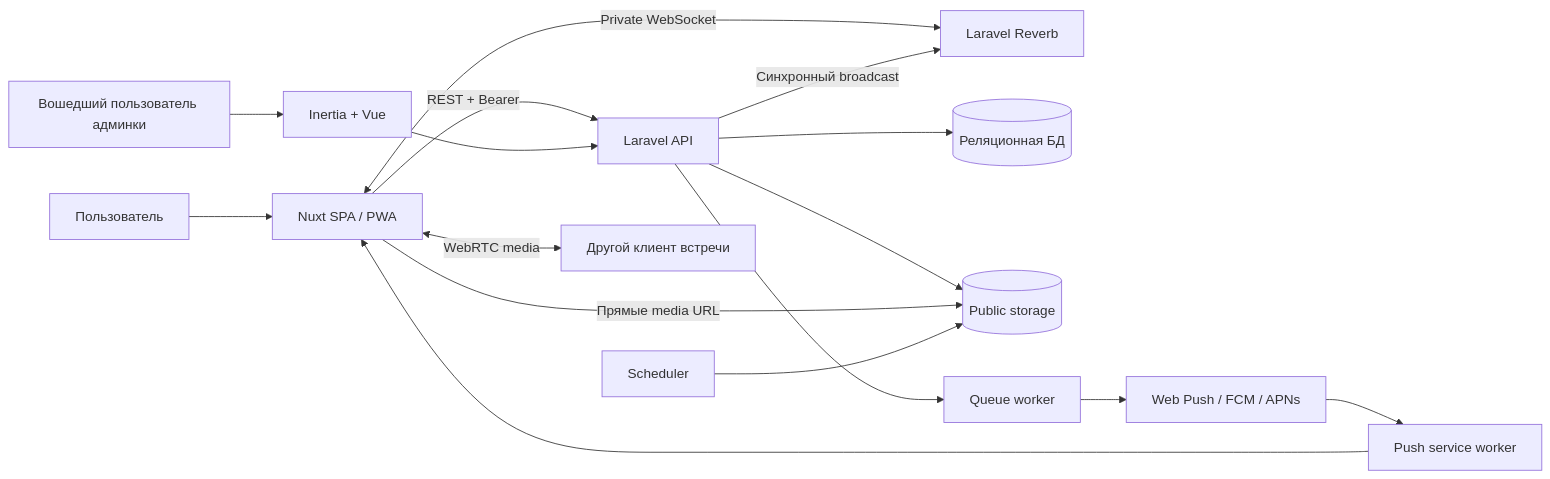
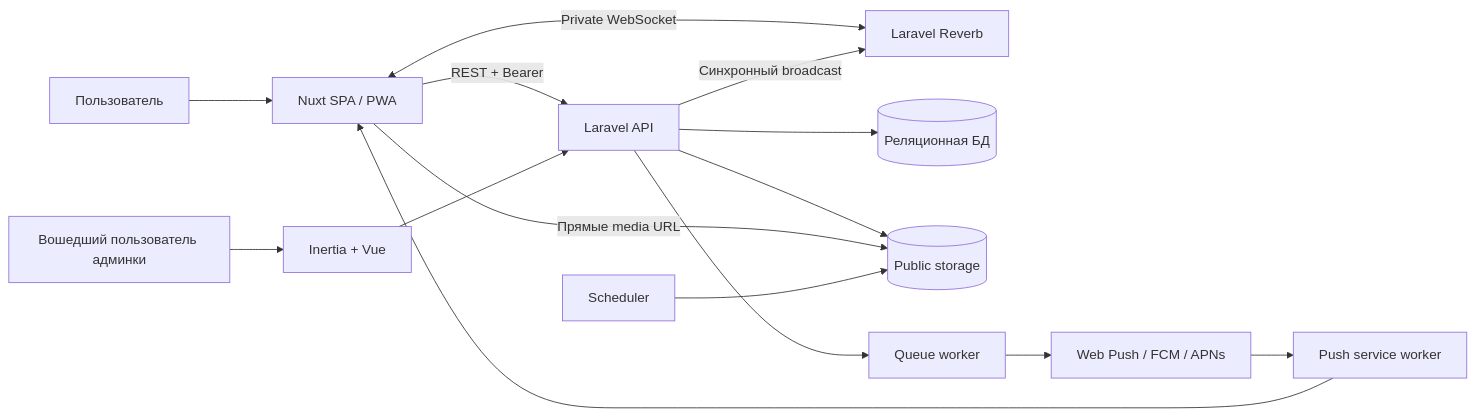
The first of 3 diagrams in docs/project/architecture.md (qaraqoishyabbas/octo), drawn with Mermaid before and after one commit. The commit also changed other lines of this file and 6 other files, not shown here.

Commit message:
refactor(web): оставить страницу встречи как UI-мокап

````diff
--- a/docs/project/architecture.md
+++ b/docs/project/architecture.md
@@ -7,18 +7,17 @@
 ```mermaid
 flowchart LR
   U[Пользователь] --> W[Nuxt SPA / PWA]
   W -->|REST + Bearer| A[Laravel API]
   W <-->|Private WebSocket| R[Laravel Reverb]
   A -->|Синхронный broadcast| R
   A --> DB[(Реляционная БД)]
   A --> F[(Public storage)]
   W -->|Прямые media URL| F
   A --> Q[Queue worker]
   Q --> P[Web Push / FCM / APNs]
   P --> SW[Push service worker]
   SW --> W
   O[Вошедший пользователь админки] --> AD[Inertia + Vue]
   AD --> A
   T[Scheduler] --> F
-  W <-->|WebRTC media| W2[Другой клиент встречи]
 ```
````
